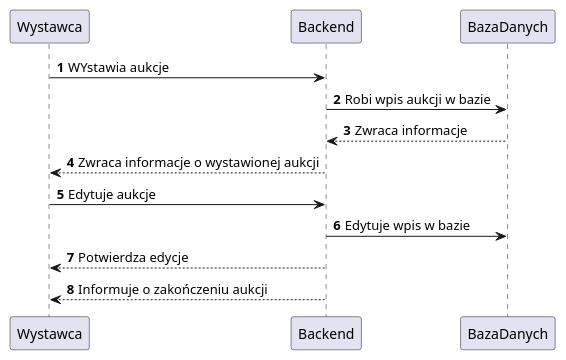
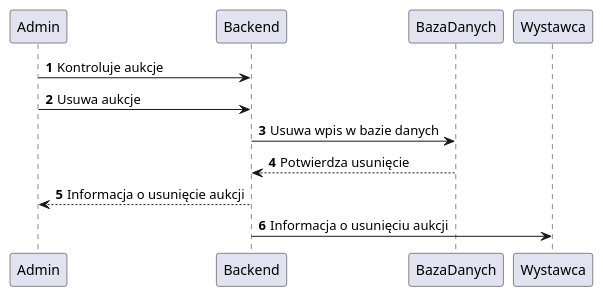
The diagram in Admin.puml (Sullyvahnn/JavaProject), drawn with PlantUML before and after one commit. The commit also changed 6 other files, not shown here.

```diff
--- a/Admin.puml
+++ b/Admin.puml
@@ -1,14 +1,12 @@
 @startuml
 autonumber
 
-Wystawca -> Backend: WYstawia aukcje
-Backend -> BazaDanych: Robi wpis aukcji w bazie
-BazaDanych --> Backend: Zwraca informacje
-Backend --> Wystawca: Zwraca informacje o wystawionej aukcji
+Admin -> Backend: Kontroluje aukcje
 
-Wystawca -> Backend: Edytuje aukcje
-Backend -> BazaDanych: Edytuje wpis w bazie
-Backend --> Wystawca: Potwierdza edycje
+Admin -> Backend: Usuwa aukcje
+Backend -> BazaDanych: Usuwa wpis w bazie danych
+BazaDanych --> Backend: Potwierdza usunięcie
+Backend --> Admin: Informacja o usunięcie aukcji
+Backend -> Wystawca: Informacja o usunięciu aukcji
 
-Backend --> Wystawca: Informuje o zakończeniu aukcji
 @enduml
```
